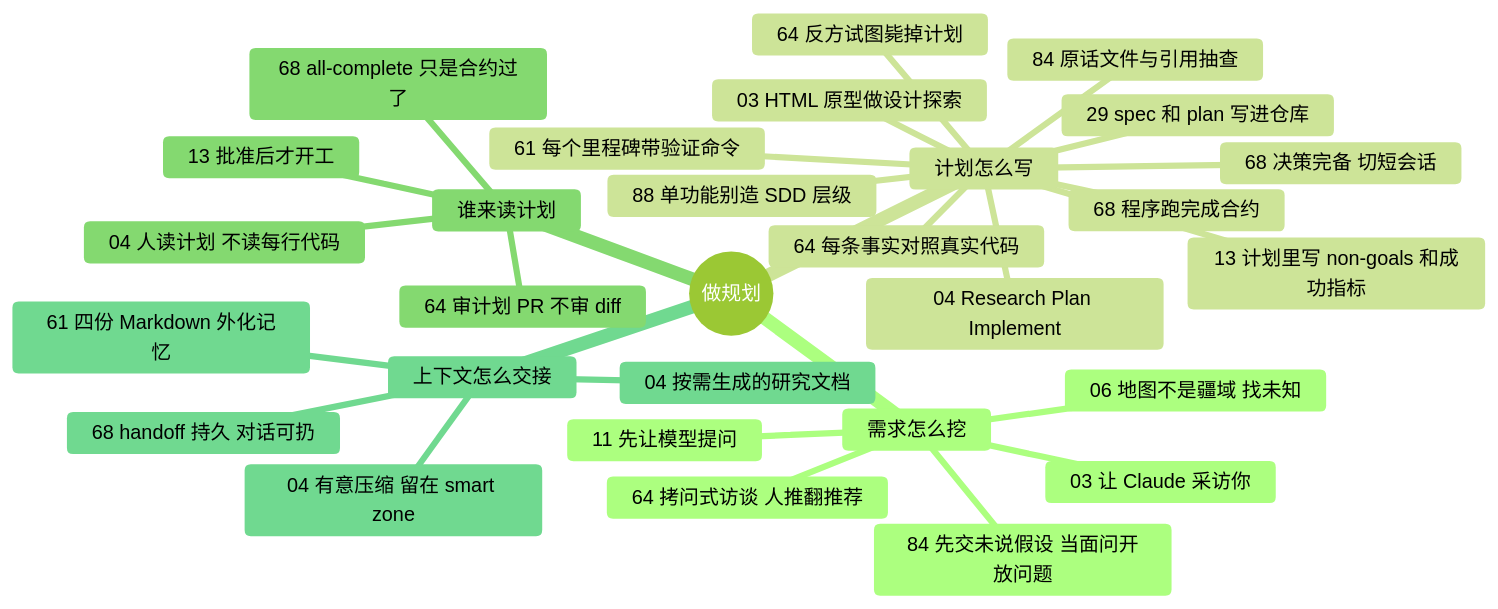
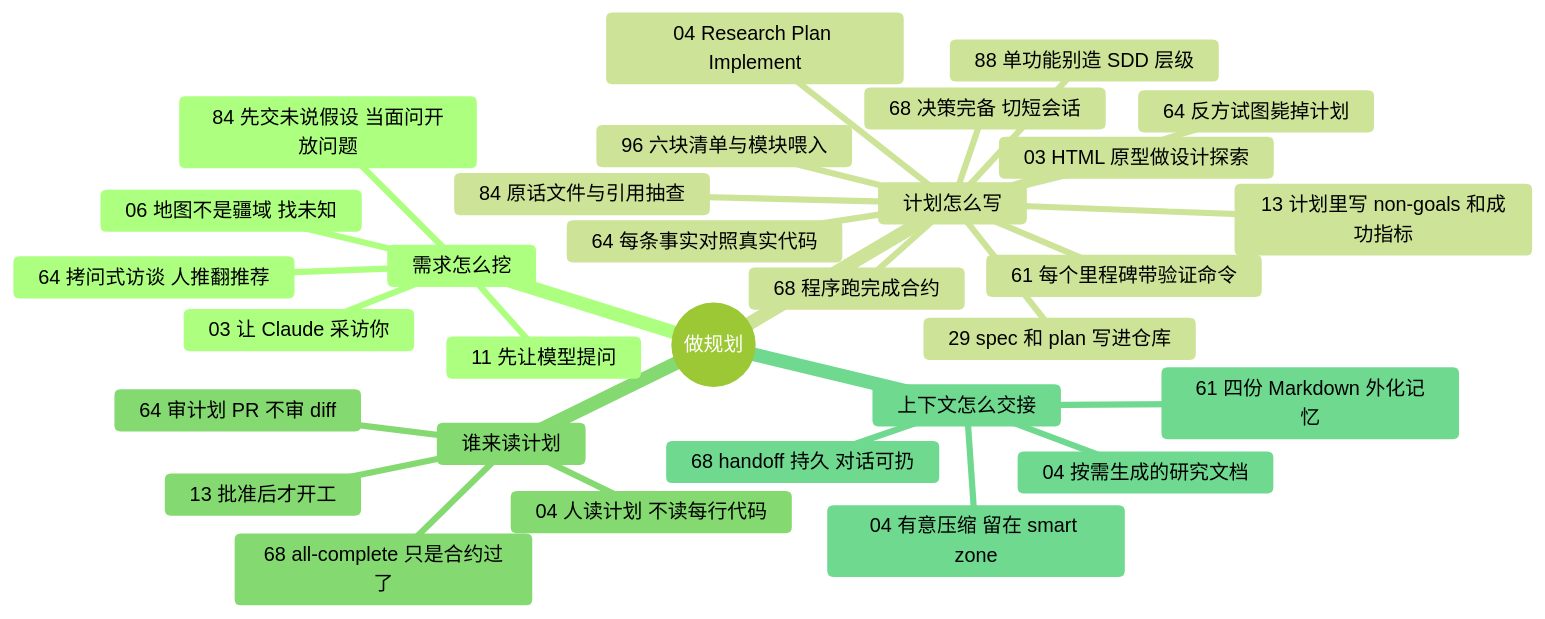
One commit to yzw7489757/ai-coding-videos changed the diagram in docs/guide/planning.md. Above: the diagram before and after it, drawn with Mermaid (forest theme). The commit also changed other lines of this file and 15 other files, not shown here.

````diff
--- a/docs/guide/planning.md
+++ b/docs/guide/planning.md
@@ -13,32 +13,33 @@
 ```mermaid
 mindmap
   root((做规划))
     需求怎么挖
       03 让 Claude 采访你
       06 地图不是疆域 找未知
       11 先让模型提问
       64 拷问式访谈 人推翻推荐
       84 先交未说假设 当面问开放问题
     计划怎么写
       04 Research Plan Implement
       13 计划里写 non-goals 和成功指标
       03 HTML 原型做设计探索
       29 spec 和 plan 写进仓库
       61 每个里程碑带验证命令
       64 每条事实对照真实代码
       64 反方试图毙掉计划
       68 决策完备 切短会话
       68 程序跑完成合约
       84 原话文件与引用抽查
       88 单功能别造 SDD 层级
+      96 六块清单与模块喂入
     谁来读计划
       04 人读计划 不读每行代码
       13 批准后才开工
       64 审计划 PR 不审 diff
       68 all-complete 只是合约过了
     上下文怎么交接
       04 有意压缩 留在 smart zone
       04 按需生成的研究文档
       61 四份 Markdown 外化记忆
       68 handoff 持久 对话可扔
 ```
````
